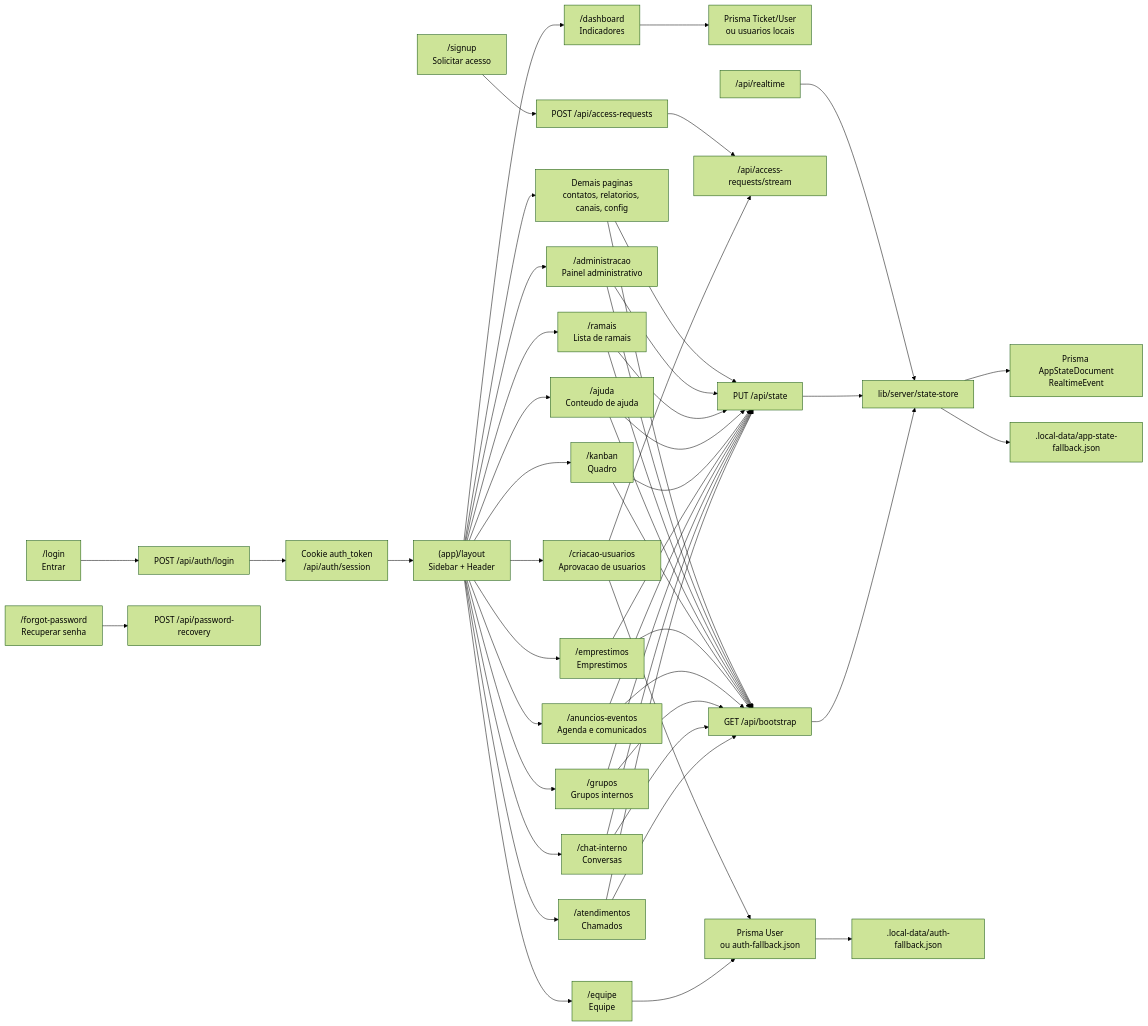
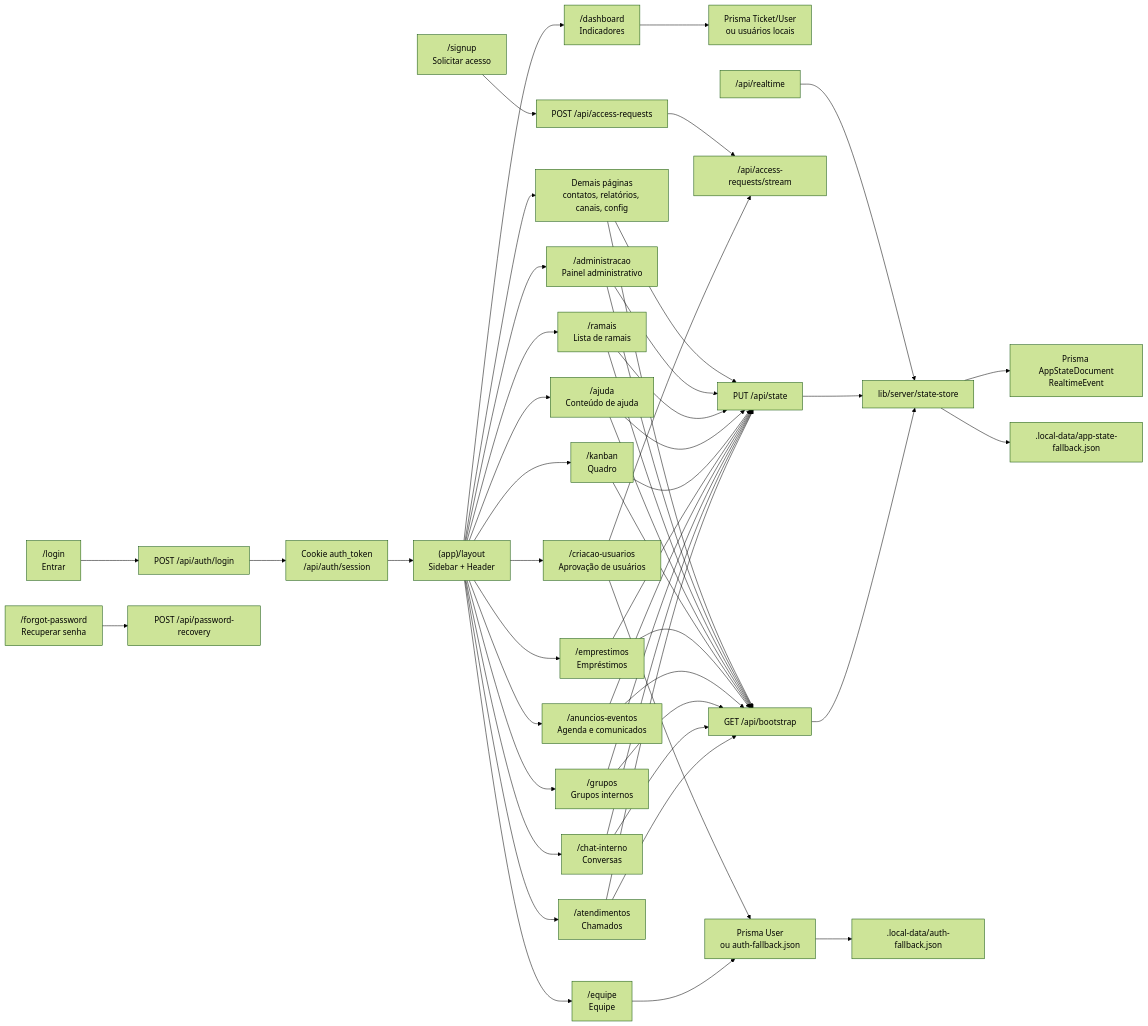
Before and after one commit to KarvaT58/Unipar---Cascavel---Atendimentos: the diagram in docs/mapa-visual-do-sistema.md, drawn with Mermaid (forest theme). The commit also changed other lines of this file and 32 other files, not shown here.

````diff
--- a/docs/mapa-visual-do-sistema.md
+++ b/docs/mapa-visual-do-sistema.md
@@ -5,59 +5,59 @@
 ```mermaid
 flowchart LR
   Login["/login<br/>Entrar"] --> AuthAPI["POST /api/auth/login"]
   Signup["/signup<br/>Solicitar acesso"] --> AccessAPI["POST /api/access-requests"]
   Forgot["/forgot-password<br/>Recuperar senha"] --> RecoveryAPI["POST /api/password-recovery"]
 
   AuthAPI --> Session["Cookie auth_token<br/>/api/auth/session"]
   Session --> AppShell["(app)/layout<br/>Sidebar + Header"]
 
   AppShell --> Dashboard["/dashboard<br/>Indicadores"]
   AppShell --> Tickets["/atendimentos<br/>Chamados"]
   AppShell --> Chat["/chat-interno<br/>Conversas"]
   AppShell --> Groups["/grupos<br/>Grupos internos"]
   AppShell --> Team["/equipe<br/>Equipe"]
   AppShell --> Events["/anuncios-eventos<br/>Agenda e comunicados"]
-  AppShell --> Loans["/emprestimos<br/>Emprestimos"]
+  AppShell --> Loans["/emprestimos<br/>Empréstimos"]
   AppShell --> Kanban["/kanban<br/>Quadro"]
-  AppShell --> Help["/ajuda<br/>Conteudo de ajuda"]
+  AppShell --> Help["/ajuda<br/>Conteúdo de ajuda"]
   AppShell --> Extensions["/ramais<br/>Lista de ramais"]
-  AppShell --> UserCreation["/criacao-usuarios<br/>Aprovacao de usuarios"]
+  AppShell --> UserCreation["/criacao-usuarios<br/>Aprovação de usuários"]
   AppShell --> Admin["/administracao<br/>Painel administrativo"]
-  AppShell --> GenericPages["Demais paginas<br/>contatos, relatorios, canais, config"]
+  AppShell --> GenericPages["Demais páginas<br/>contatos, relatórios, canais, config"]
 
-  Dashboard --> PrismaTickets["Prisma Ticket/User<br/>ou usuarios locais"]
+  Dashboard --> PrismaTickets["Prisma Ticket/User<br/>ou usuários locais"]
   Team --> PrismaUsers["Prisma User<br/>ou auth-fallback.json"]
   UserCreation --> PrismaUsers
   UserCreation --> AccessStream["/api/access-requests/stream"]
   AccessAPI --> AccessStream
 
   Tickets --> Bootstrap["GET /api/bootstrap"]
   Chat --> Bootstrap
   Groups --> Bootstrap
   Events --> Bootstrap
   Loans --> Bootstrap
   Kanban --> Bootstrap
   Help --> Bootstrap
   Extensions --> Bootstrap
   Admin --> Bootstrap
   GenericPages --> Bootstrap
 
   Bootstrap --> StateStore["lib/server/state-store"]
   StatePut["PUT /api/state"] --> StateStore
   Realtime["/api/realtime"] --> StateStore
 
   StateStore --> PrismaState["Prisma AppStateDocument<br/>RealtimeEvent"]
   StateStore --> LocalState[".local-data/app-state-fallback.json"]
   PrismaUsers --> LocalAuth[".local-data/auth-fallback.json"]
 
   Tickets --> StatePut
   Chat --> StatePut
   Groups --> StatePut
   Events --> StatePut
   Loans --> StatePut
   Kanban --> StatePut
   Help --> StatePut
   Extensions --> StatePut
   Admin --> StatePut
   GenericPages --> StatePut
 ```
````
